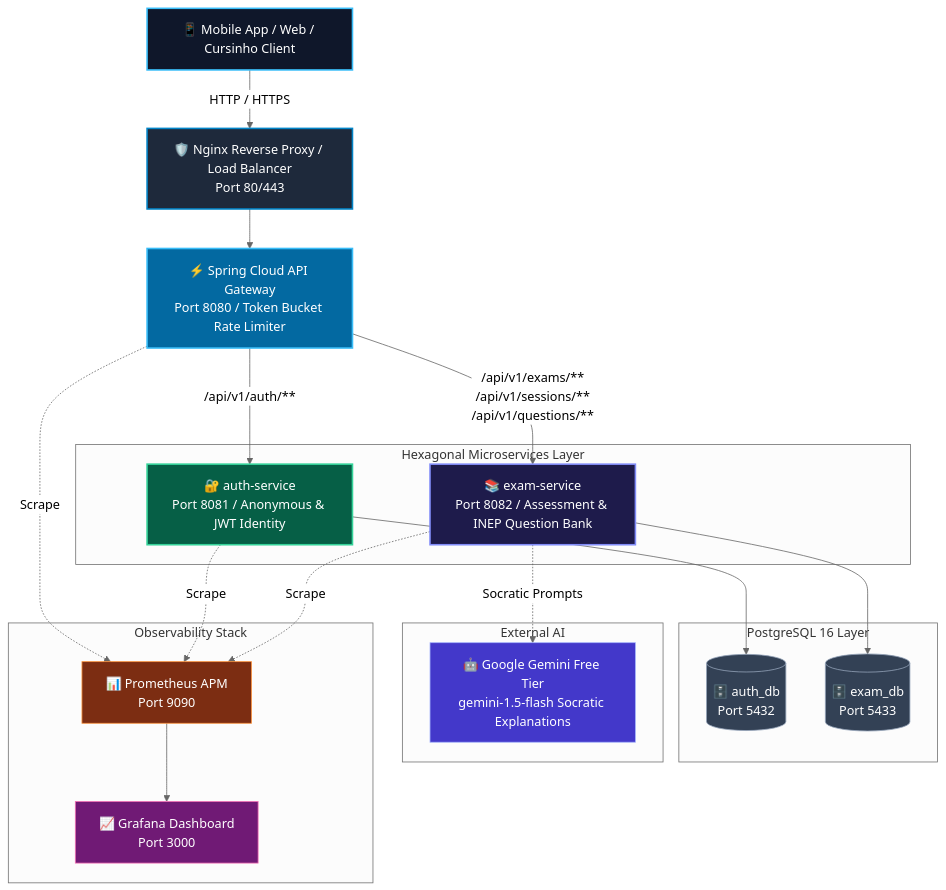
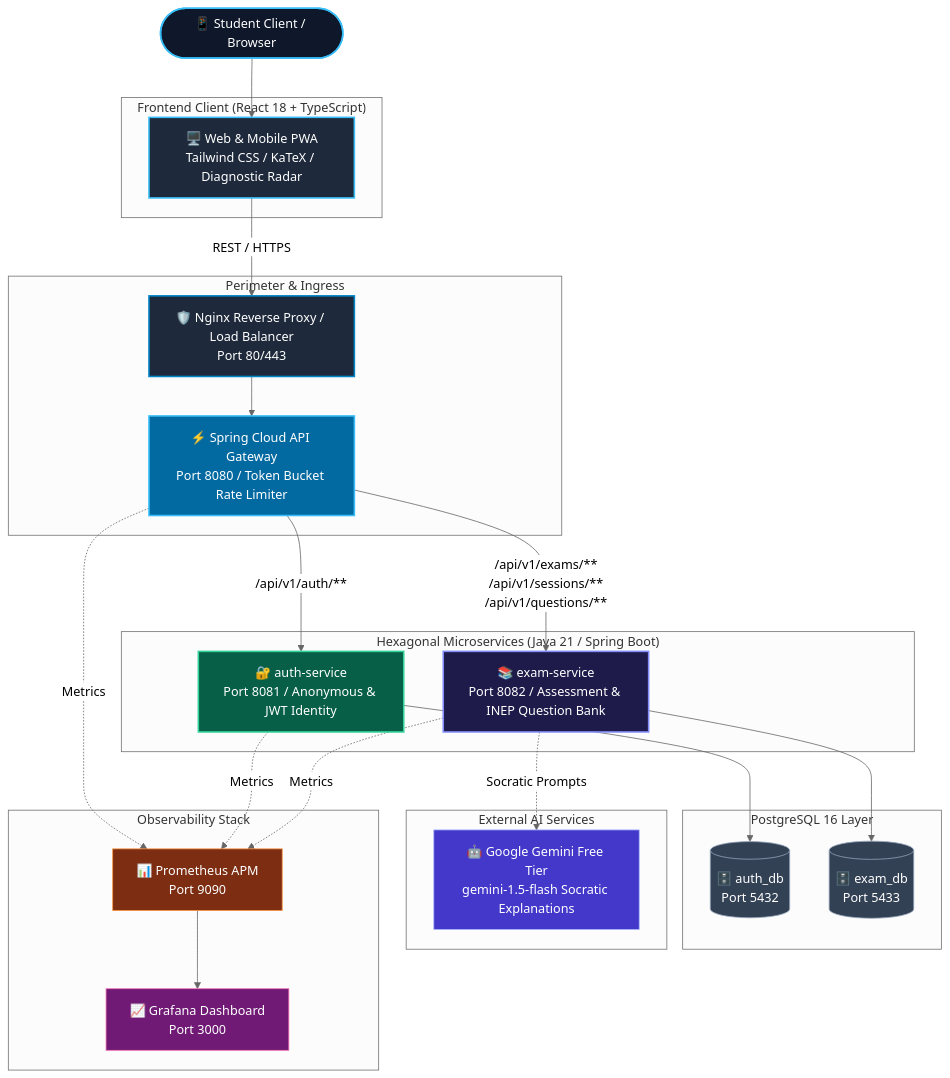
One commit to Veras-D/AprovaENEM changed the diagram in README.md. Above: the diagram before and after it, drawn with Mermaid (neutral theme). The commit also changed other lines of this file and 1 other file, not shown here.

Commit message:
docs: update README with full-stack scope and update paths

````diff
--- a/README.md
+++ b/README.md
@@ -72,50 +89,59 @@
 ```mermaid
 graph TD
-    Client[📱 Mobile App / Web / Cursinho Client]
-    Nginx[🛡️ Nginx Reverse Proxy / Load Balancer<br/>Port 80/443]
-    Gateway[⚡ Spring Cloud API Gateway<br/>Port 8080 / Token Bucket Rate Limiter]
-
-    subgraph Microservices ["Hexagonal Microservices Layer"]
-        AuthSvc[🔐 auth-service<br/>Port 8081 / Anonymous & JWT Identity]
-        ExamSvc[📚 exam-service<br/>Port 8082 / Assessment & INEP Question Bank]
+    User([📱 Student Client / Browser])
+    
+    subgraph FrontendLayer ["Frontend Client (React 18 + TypeScript)"]
+        UI["🖥️ Web & Mobile PWA<br/>Tailwind CSS / KaTeX / Diagnostic Radar"]
     end
 
-    subgraph Persistence ["PostgreSQL 16 Layer"]
-        AuthDB[(🗄️ auth_db<br/>Port 5432)]
-        ExamDB[(🗄️ exam_db<br/>Port 5433)]
+    subgraph IngressLayer ["Perimeter & Ingress"]
+        Nginx["🛡️ Nginx Reverse Proxy / Load Balancer<br/>Port 80/443"]
+        Gateway["⚡ Spring Cloud API Gateway<br/>Port 8080 / Token Bucket Rate Limiter"]
     end
 
-    subgraph External ["External AI"]
-        Gemini[🤖 Google Gemini Free Tier<br/>gemini-1.5-flash Socratic Explanations]
+    subgraph MicroservicesLayer ["Hexagonal Microservices (Java 21 / Spring Boot)"]
+        AuthSvc["🔐 auth-service<br/>Port 8081 / Anonymous & JWT Identity"]
+        ExamSvc["📚 exam-service<br/>Port 8082 / Assessment & INEP Question Bank"]
     end
 
-    subgraph Telemetry ["Observability Stack"]
-        Prometheus[📊 Prometheus APM<br/>Port 9090]
-        Grafana[📈 Grafana Dashboard<br/>Port 3000]
+    subgraph PersistenceLayer ["PostgreSQL 16 Layer"]
+        AuthDB[("🗄️ auth_db<br/>Port 5432")]
+        ExamDB[("🗄️ exam_db<br/>Port 5433")]
     end
 
-    Client -->|HTTP / HTTPS| Nginx
+    subgraph ExternalServices ["External AI Services"]
+        Gemini["🤖 Google Gemini Free Tier<br/>gemini-1.5-flash Socratic Explanations"]
+    end
+
+    subgraph TelemetryLayer ["Observability Stack"]
+        Prometheus["📊 Prometheus APM<br/>Port 9090"]
+        Grafana["📈 Grafana Dashboard<br/>Port 3000"]
+    end
+
+    User --> UI
+    UI -->|REST / HTTPS| Nginx
     Nginx --> Gateway
     Gateway -->|/api/v1/auth/**| AuthSvc
     Gateway -->|/api/v1/exams/**<br/>/api/v1/sessions/**<br/>/api/v1/questions/**| ExamSvc
 
     AuthSvc --> AuthDB
     ExamSvc --> ExamDB
     ExamSvc -.->|Socratic Prompts| Gemini
 
-    Gateway -.->|Scrape| Prometheus
-    AuthSvc -.->|Scrape| Prometheus
-    ExamSvc -.->|Scrape| Prometheus
+    Gateway -.->|Metrics| Prometheus
+    AuthSvc -.->|Metrics| Prometheus
+    ExamSvc -.->|Metrics| Prometheus
     Prometheus --> Grafana
 
-    style Client fill:#0f172a,stroke:#38bdf8,stroke-width:2px,color:#fff
+    style User fill:#0f172a,stroke:#38bdf8,stroke-width:2px,color:#fff
+    style UI fill:#1e293b,stroke:#38bdf8,stroke-width:2px,color:#fff
     style Nginx fill:#1e293b,stroke:#0284c7,stroke-width:2px,color:#fff
     style Gateway fill:#0369a1,stroke:#38bdf8,stroke-width:2px,color:#fff
     style AuthSvc fill:#065f46,stroke:#34d399,stroke-width:2px,color:#fff
     style ExamSvc fill:#1e1b4b,stroke:#818cf8,stroke-width:2px,color:#fff
     style AuthDB fill:#334155,stroke:#94a3b8,color:#fff
     style ExamDB fill:#334155,stroke:#94a3b8,color:#fff
     style Gemini fill:#4338ca,stroke:#a5b4fc,color:#fff
     style Prometheus fill:#7c2d12,stroke:#fb923c,color:#fff
     style Grafana fill:#701a75,stroke:#f472b6,color:#fff
 ```
````
